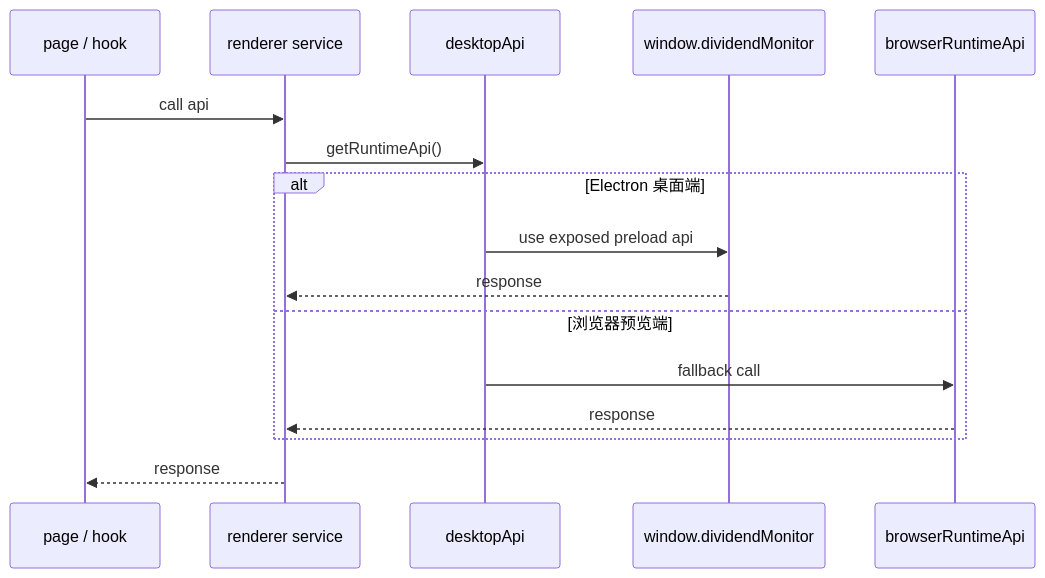
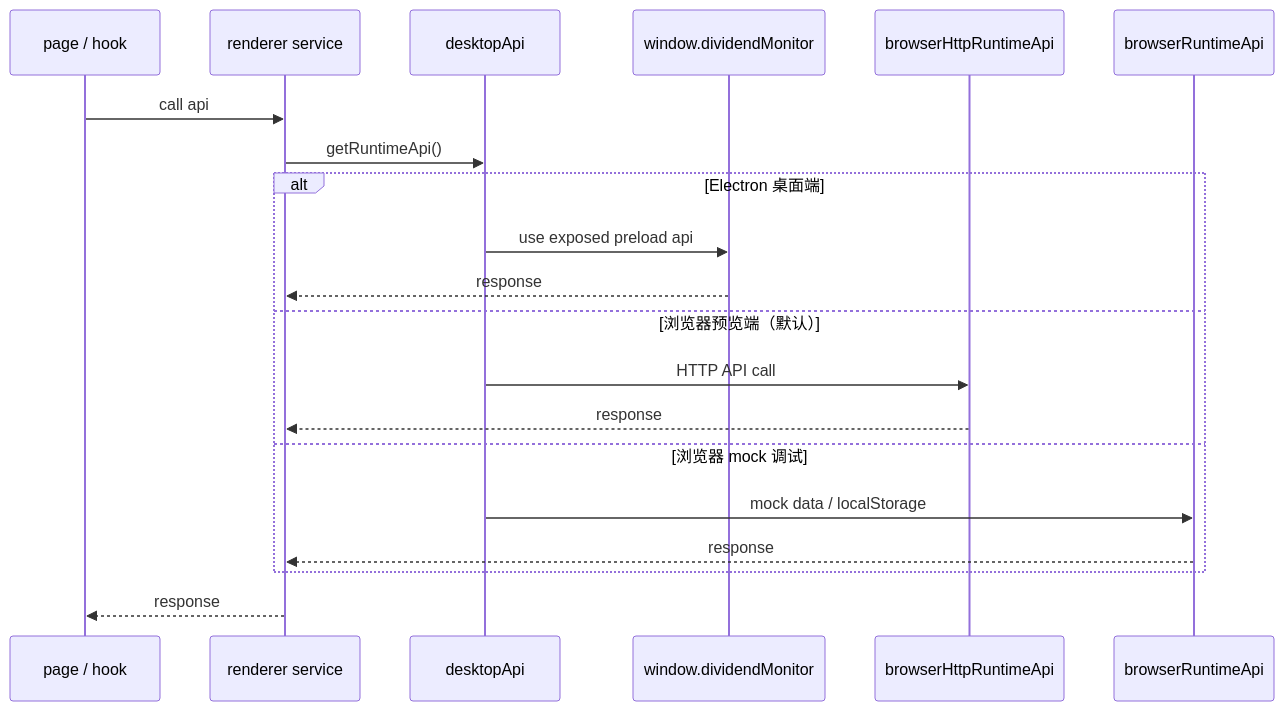
Before and after one commit to chendingya/DividendMonitor: the fifth of 5 diagrams in docs/IPC-CONTRACTS.md, drawn with Mermaid. The commit also changed other lines of this file and 25 other files, not shown here.

````diff
--- a/docs/IPC-CONTRACTS.md
+++ b/docs/IPC-CONTRACTS.md
@@ -389,19 +196,23 @@
 ```mermaid
 sequenceDiagram
     participant Hook as page / hook
     participant Service as renderer service
     participant Selector as desktopApi
     participant Desktop as window.dividendMonitor
-    participant Browser as browserRuntimeApi
+    participant Http as browserHttpRuntimeApi
+    participant Mock as browserRuntimeApi
 
     Hook->>Service: call api
     Service->>Selector: getRuntimeApi()
     alt Electron 桌面端
         Selector->>Desktop: use exposed preload api
         Desktop-->>Service: response
-    else 浏览器预览端
-        Selector->>Browser: fallback call
-        Browser-->>Service: response
+    else 浏览器预览端（默认）
+        Selector->>Http: HTTP API call
+        Http-->>Service: response
+    else 浏览器 mock 调试
+        Selector->>Mock: mock data / localStorage
+        Mock-->>Service: response
     end
     Service-->>Hook: response
 ```
````
